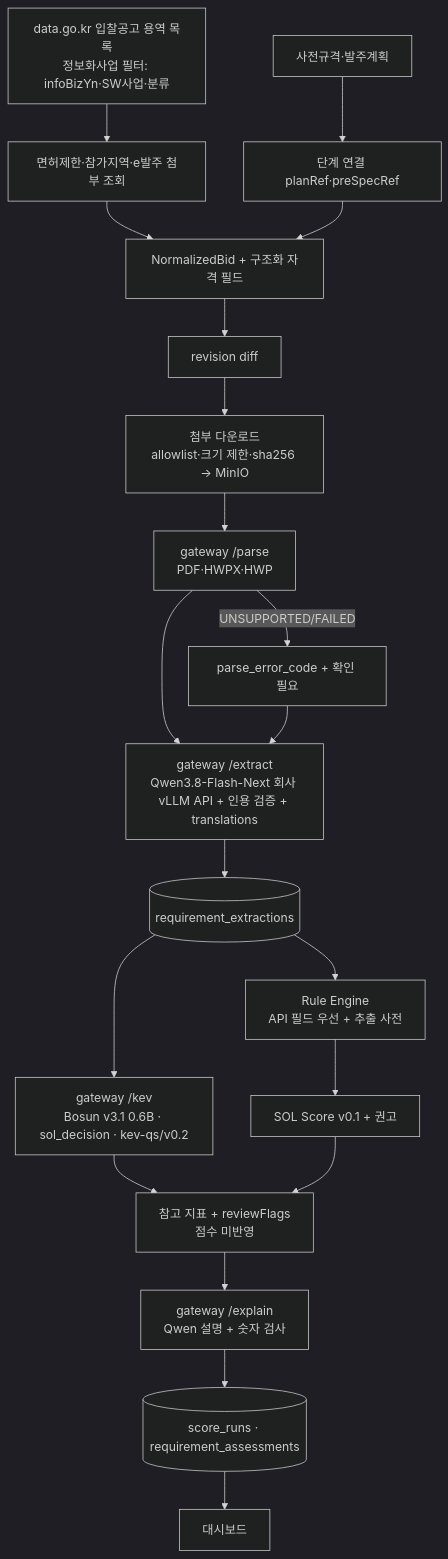
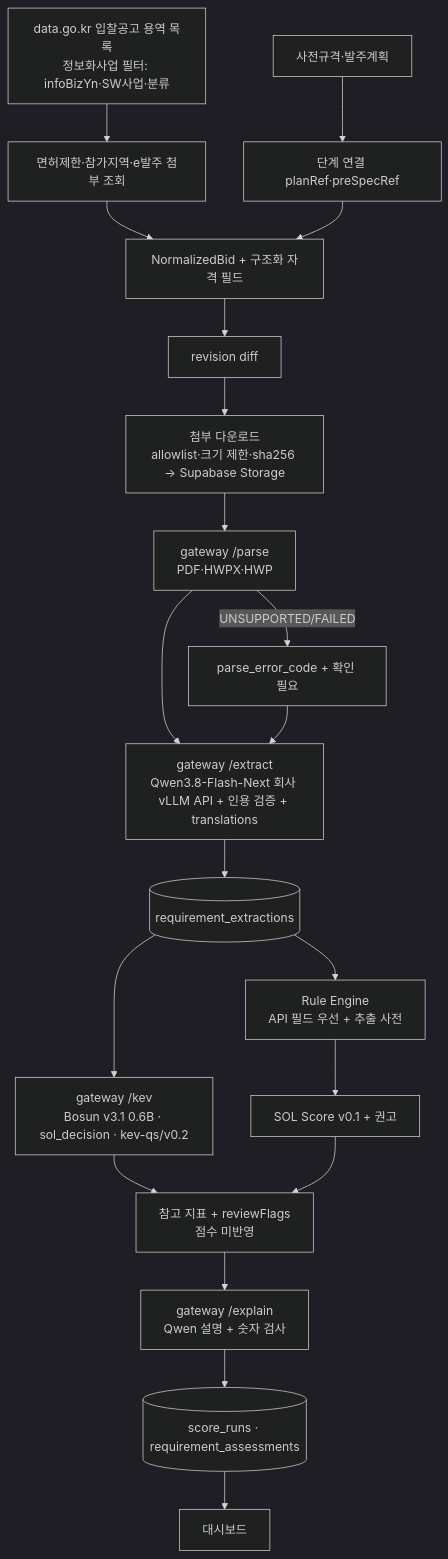
One commit to solideoai/sol-radar changed the diagram in docs/03-AI-PIPELINE.md. Above: the diagram before and after it, drawn with Mermaid (dark theme). The commit also changed other lines of this file and 98 other files, not shown here.

````diff
--- a/docs/03-AI-PIPELINE.md
+++ b/docs/03-AI-PIPELINE.md
@@ -37,22 +37,22 @@
 ```mermaid
 flowchart TD
  A[data.go.kr 입찰공고 용역 목록<br/>정보화사업 필터: infoBizYn·SW사업·분류] --> B[면허제한·참가지역·e발주 첨부 조회]
  A2[사전규격·발주계획] --> L[단계 연결 planRef·preSpecRef]
  B --> N[NormalizedBid + 구조화 자격 필드]
  L --> N
  N --> R1[revision diff]
- R1 --> D[첨부 다운로드<br/>allowlist·크기 제한·sha256 → MinIO]
+ R1 --> D[첨부 다운로드<br/>allowlist·크기 제한·sha256 → Supabase Storage]
  D --> P[gateway /parse<br/>PDF·HWPX·HWP]
  P -->|UNSUPPORTED/FAILED| PE[parse_error_code + 확인 필요]
  P --> E[gateway /extract<br/>Qwen3.8-Flash-Next 회사 vLLM API + 인용 검증 + translations]
  PE --> E
  E --> X[(requirement_extractions)]
  X --> RE[Rule Engine<br/>API 필드 우선 + 추출 사전]
  X --> K[gateway /kev<br/>Bosun v3.1 0.6B · sol_decision · kev-qs/v0.2]
  RE --> S[SOL Score v0.1 + 권고]
  K --> F[참고 지표 + reviewFlags<br/>점수 미반영]
  S --> F
  F --> EX[gateway /explain<br/>Qwen 설명 + 숫자 검사]
  EX --> Z[(score_runs · requirement_assessments)]
  Z --> UI[대시보드]
 ```
````
